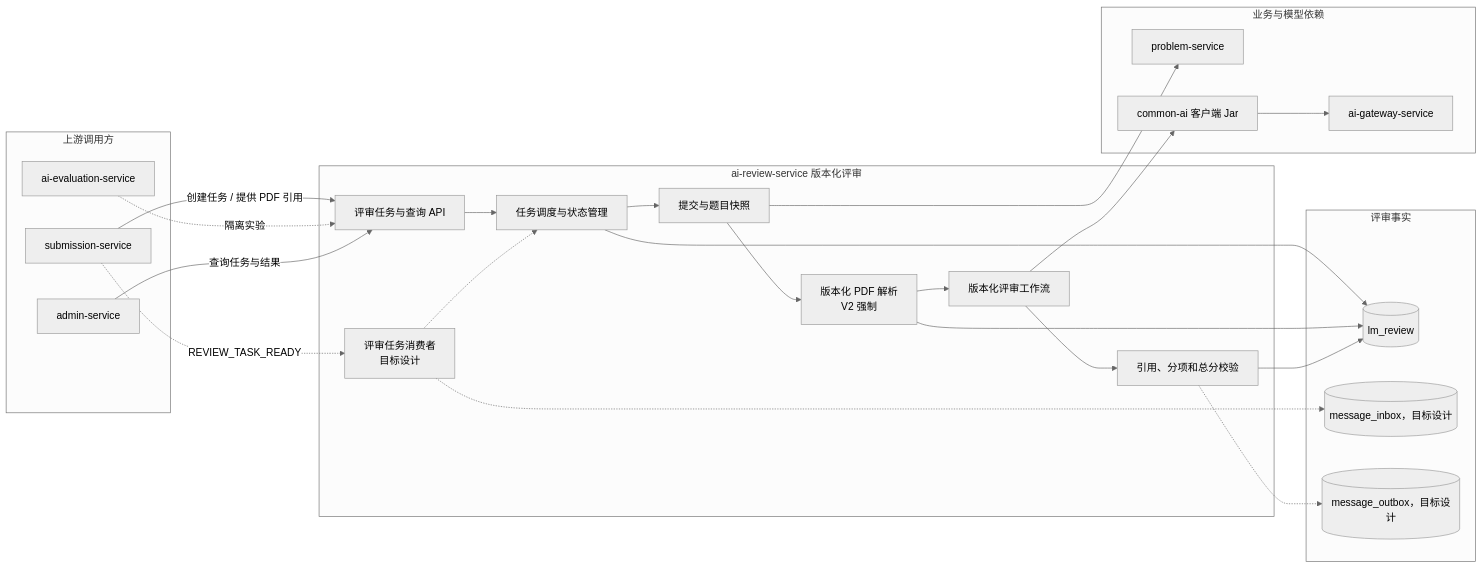
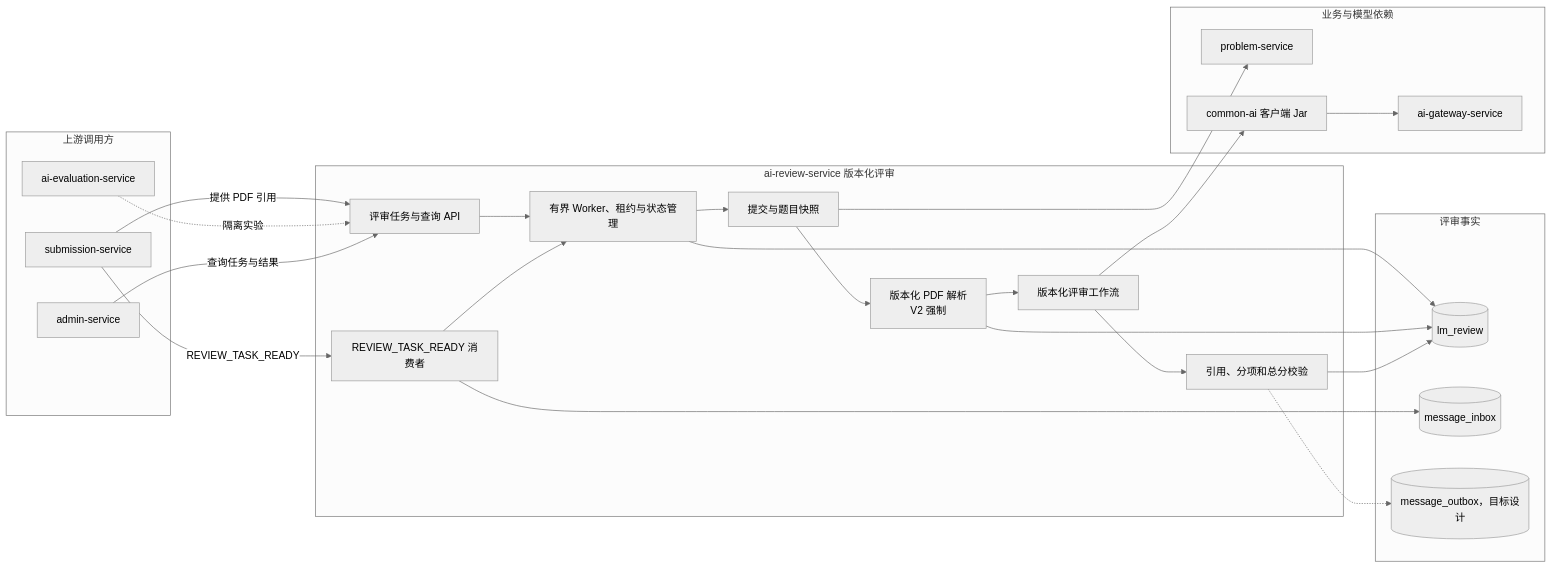
The diagram in docs/project/03-微服务设计/ai-review-service/README.md (Dorian7Alden/LeetModel), drawn with Mermaid (neutral theme) before and after one commit. The commit also changed other lines of this file and 3 other files, not shown here.

````diff
--- a/docs/project/03-微服务设计/ai-review-service/README.md
+++ b/docs/project/03-微服务设计/ai-review-service/README.md
@@ -12,47 +12,47 @@
 ```mermaid
 flowchart LR
     subgraph callers["上游调用方"]
         submissionService["submission-service"]
         evaluationService["ai-evaluation-service"]
         adminService["admin-service"]
     end
 
     subgraph review["ai-review-service 版本化评审"]
         taskApi["评审任务与查询 API"]
-        mqConsumer["评审任务消费者<br/>目标设计"]
-        scheduler["任务调度与状态管理"]
+        mqConsumer["REVIEW_TASK_READY 消费者"]
+        scheduler["有界 Worker、租约与状态管理"]
         inputPreparation["提交与题目快照"]
         pdfParser["版本化 PDF 解析<br/>V2 强制"]
         workflow["版本化评审工作流"]
         resultValidation["引用、分项和总分校验"]
 
         taskApi --> scheduler
-        mqConsumer -.-> scheduler
+        mqConsumer --> scheduler
         scheduler --> inputPreparation
         inputPreparation --> pdfParser --> workflow --> resultValidation
     end
 
     subgraph dependencies["业务与模型依赖"]
         problemService["problem-service"]
         commonAi["common-ai 客户端 Jar"]
         aiGateway["ai-gateway-service"]
     end
 
     subgraph data["评审事实"]
         reviewDatabase[(lm_review)]
-        messageInbox[(message_inbox，目标设计)]
+        messageInbox[(message_inbox)]
         messageOutbox[(message_outbox，目标设计)]
     end
 
-    submissionService -->|"创建任务 / 提供 PDF 引用"| taskApi
-    submissionService -.->|"REVIEW_TASK_READY"| mqConsumer
+    submissionService -->|"提供 PDF 引用"| taskApi
+    submissionService -->|"REVIEW_TASK_READY"| mqConsumer
     evaluationService -.->|"隔离实验"| taskApi
     adminService -->|"查询任务与结果"| taskApi
     inputPreparation --> problemService
     workflow --> commonAi --> aiGateway
     scheduler --> reviewDatabase
     pdfParser --> reviewDatabase
     resultValidation --> reviewDatabase
-    mqConsumer -.-> messageInbox
+    mqConsumer --> messageInbox
     resultValidation -.-> messageOutbox
 ```
````
